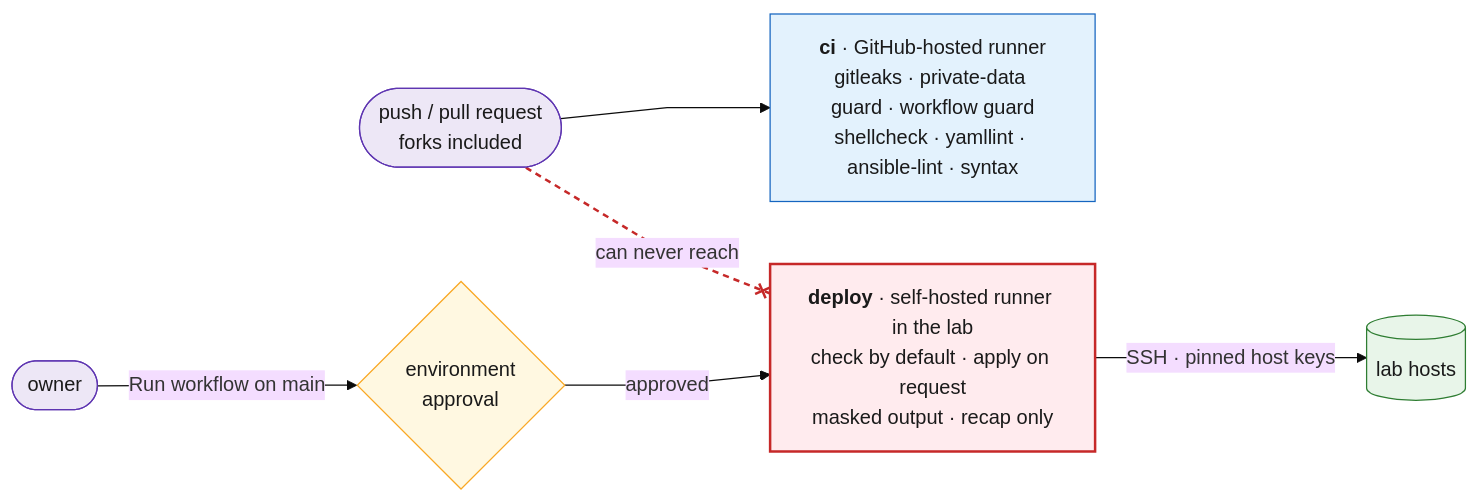
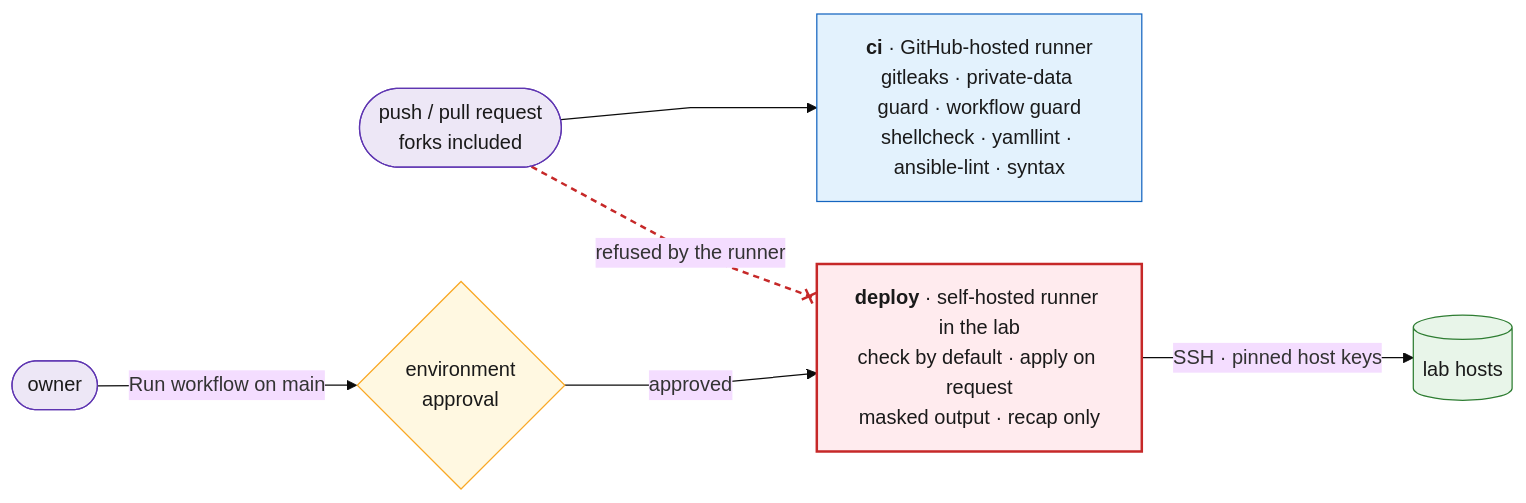
One commit to RyanMoore-phys/homelab-infra changed the second of 2 diagrams in README.md. Above: the diagram before and after it, drawn with Mermaid (base theme). The commit also changed other lines of this file and 23 other files, not shown here.

````diff
--- a/README.md
+++ b/README.md
@@ -132,21 +132,21 @@
 ```mermaid
 flowchart LR
     pr(["push / pull request<br/>forks included"]) --> ci["<b>ci</b> · GitHub-hosted runner<br/>gitleaks · private-data guard · workflow guard<br/>shellcheck · yamllint · ansible-lint · syntax"]
     owner(["owner"]) -->|"Run workflow on main"| gate{"environment<br/>approval"}
     gate -->|"approved"| deploy["<b>deploy</b> · self-hosted runner in the lab<br/>check by default · apply on request<br/>masked output · recap only"]
     deploy -->|"SSH · pinned host keys"| lab[("lab hosts")]
-    pr -.-x|"can never reach"| deploy
+    pr -.-x|"refused by the runner"| deploy
 
     classDef hosted fill:#e3f2fd,stroke:#1565c0,color:#1a1a1a
     classDef selfhosted fill:#ffebee,stroke:#c62828,stroke-width:2px,color:#1a1a1a
     classDef actor fill:#ede7f6,stroke:#5e35b1,color:#1a1a1a
     classDef gate fill:#fff8e1,stroke:#f9a825,color:#1a1a1a
     classDef lab fill:#e8f5e9,stroke:#2e7d32,color:#1a1a1a
     class ci hosted
     class deploy selfhosted
     class pr,owner actor
     class gate gate
     class lab lab
     linkStyle default interpolate linear
     linkStyle 4 stroke:#c62828,stroke-width:2px,stroke-dasharray:5 4
 ```
````
